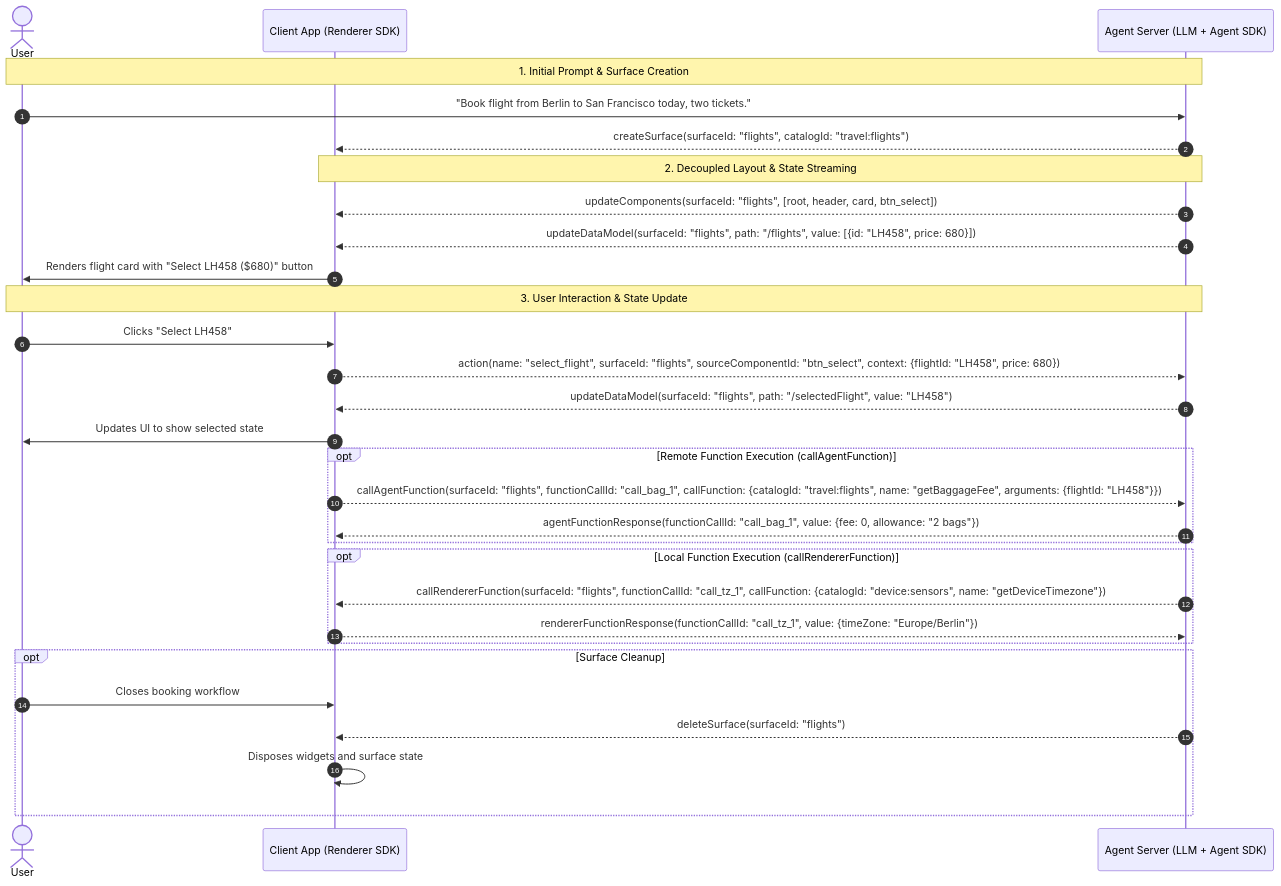
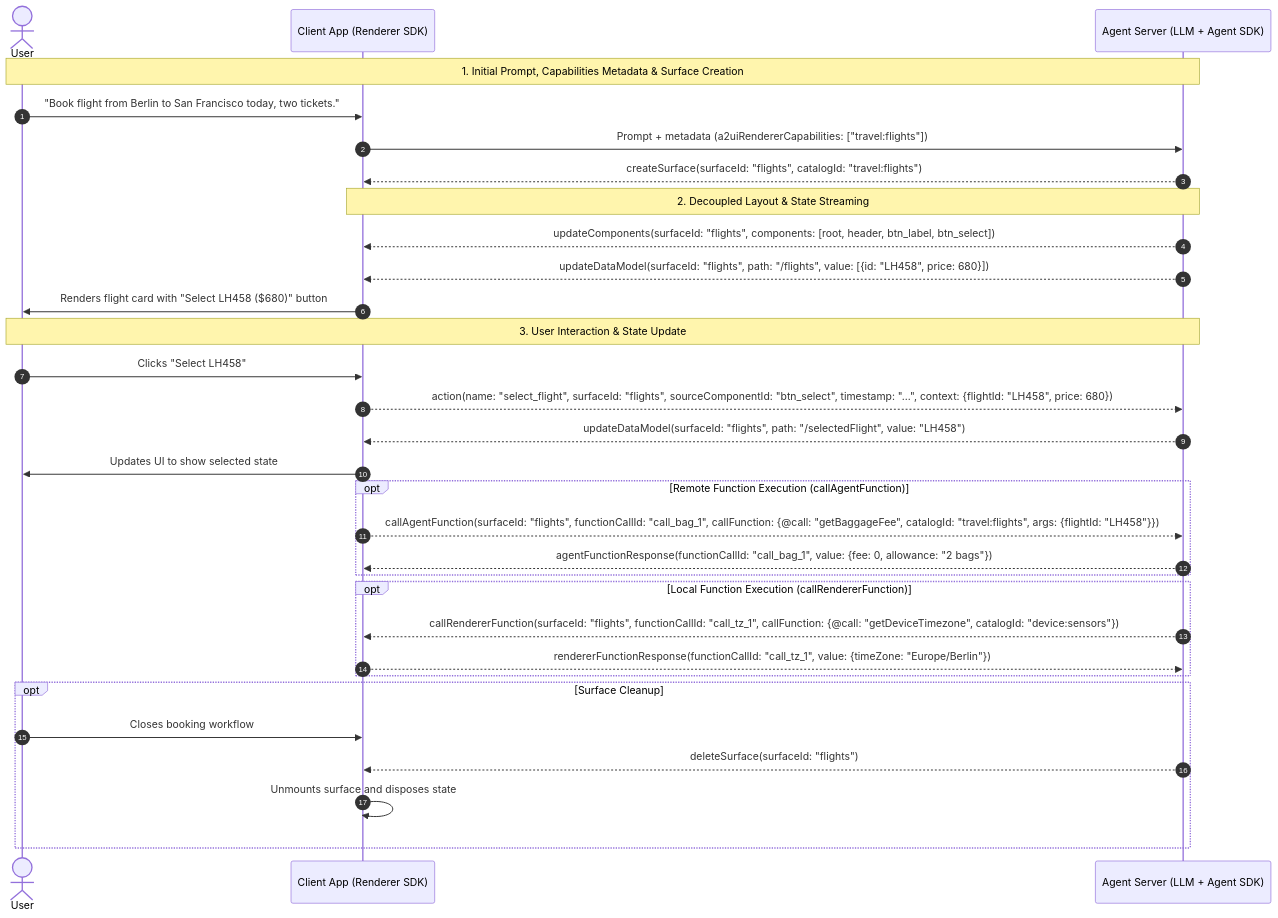
The diagram in docs/site/src/content/docs/concepts/messages.mdx (a2ui-project/a2ui), drawn with Mermaid before and after one commit. The commit also changed other lines of this file and 3 other files, not shown here.

````diff
--- a/docs/site/src/content/docs/concepts/messages.mdx
+++ b/docs/site/src/content/docs/concepts/messages.mdx
@@ -533,38 +793,39 @@
 ```mermaid
 sequenceDiagram
     autonumber
     actor User
     participant Renderer as Client App (Renderer SDK)
     participant Agent as Agent Server (LLM + Agent SDK)
 
-    Note over User,Agent: 1. Initial Prompt & Surface Creation
-    User->>Agent: "Book flight from Berlin to San Francisco today, two tickets."
+    Note over User,Agent: 1. Initial Prompt, Capabilities Metadata & Surface Creation
+    User->>Renderer: "Book flight from Berlin to San Francisco today, two tickets."
+    Renderer->>Agent: Prompt + metadata (a2uiRendererCapabilities: ["travel:flights"])
     Agent-->>Renderer: createSurface(surfaceId: "flights", catalogId: "travel:flights")
 
     Note over Renderer,Agent: 2. Decoupled Layout & State Streaming
-    Agent-->>Renderer: updateComponents(surfaceId: "flights", [root, header, card, btn_select])
+    Agent-->>Renderer: updateComponents(surfaceId: "flights", components: [root, header, btn_label, btn_select])
     Agent-->>Renderer: updateDataModel(surfaceId: "flights", path: "/flights", value: [{id: "LH458", price: 680}])
     Renderer->>User: Renders flight card with "Select LH458 ($680)" button
 
     Note over User,Agent: 3. User Interaction & State Update
     User->>Renderer: Clicks "Select LH458"
-    Renderer-->>Agent: action(name: "select_flight", surfaceId: "flights", sourceComponentId: "btn_select", context: {flightId: "LH458", price: 680})
+    Renderer-->>Agent: action(name: "select_flight", surfaceId: "flights", sourceComponentId: "btn_select", timestamp: "...", context: {flightId: "LH458", price: 680})
     Agent-->>Renderer: updateDataModel(surfaceId: "flights", path: "/selectedFlight", value: "LH458")
     Renderer->>User: Updates UI to show selected state
 
     opt Remote Function Execution (callAgentFunction)
-        Renderer-->>Agent: callAgentFunction(surfaceId: "flights", functionCallId: "call_bag_1", callFunction: {catalogId: "travel:flights", name: "getBaggageFee", arguments: {flightId: "LH458"}})
+        Renderer-->>Agent: callAgentFunction(surfaceId: "flights", functionCallId: "call_bag_1", callFunction: {@call: "getBaggageFee", catalogId: "travel:flights", args: {flightId: "LH458"}})
         Agent-->>Renderer: agentFunctionResponse(functionCallId: "call_bag_1", value: {fee: 0, allowance: "2 bags"})
     end
 
     opt Local Function Execution (callRendererFunction)
-        Agent-->>Renderer: callRendererFunction(surfaceId: "flights", functionCallId: "call_tz_1", callFunction: {catalogId: "device:sensors", name: "getDeviceTimezone"})
+        Agent-->>Renderer: callRendererFunction(surfaceId: "flights", functionCallId: "call_tz_1", callFunction: {@call: "getDeviceTimezone", catalogId: "device:sensors"})
         Renderer-->>Agent: rendererFunctionResponse(functionCallId: "call_tz_1", value: {timeZone: "Europe/Berlin"})
     end
 
     opt Surface Cleanup
         User->>Renderer: Closes booking workflow
         Agent-->>Renderer: deleteSurface(surfaceId: "flights")
-        Renderer->>Renderer: Disposes widgets and surface state
+        Renderer->>Renderer: Unmounts surface and disposes state
     end
 ```
````
